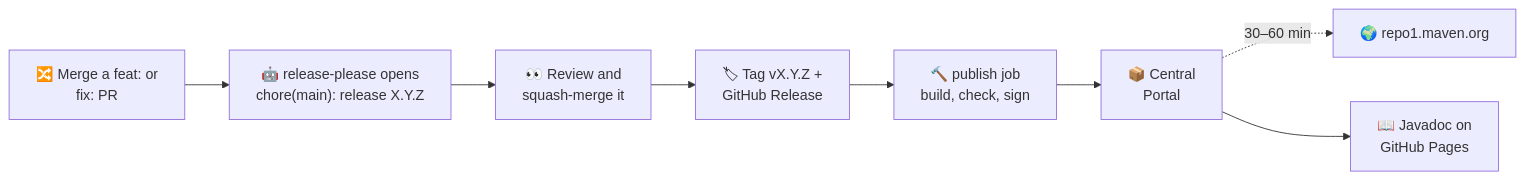
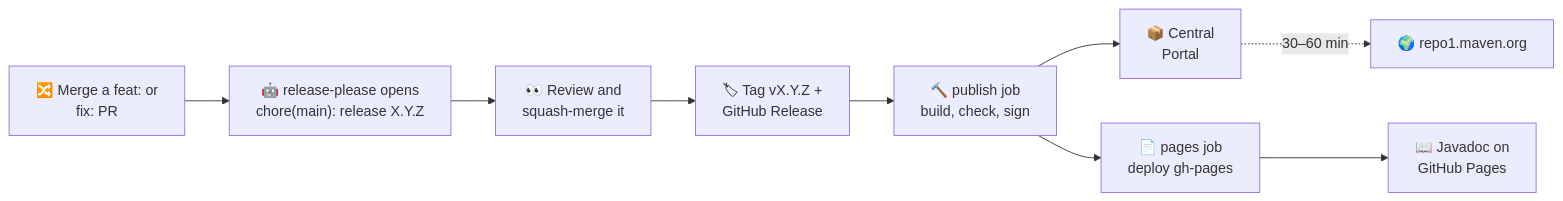
Before and after one commit to brantunger/unruly-engine: the diagram in RELEASING.md, drawn with Mermaid. The commit also changed other lines of this file and 2 other files, not shown here.

Commit message:
ci: deploy the javadoc site with actions/deploy-pages (#228)

````diff
--- a/RELEASING.md
+++ b/RELEASING.md
@@ -19,10 +19,11 @@
 ```mermaid
 flowchart LR
     A["🔀 Merge a feat: or<br/>fix: PR"] --> B["🤖 release-please opens<br/>chore(main): release X.Y.Z"]
     B --> C["👀 Review and<br/>squash-merge it"]
     C --> D["🏷 Tag vX.Y.Z +<br/>GitHub Release"]
     D --> E["🔨 publish job<br/>build, check, sign"]
     E --> F["📦 Central<br/>Portal"]
     F -. "30–60 min" .-> G["🌍 repo1.maven.org"]
-    F --> H["📖 Javadoc on<br/>GitHub Pages"]
+    E --> P["📄 pages job<br/>deploy gh-pages"]
+    P --> H["📖 Javadoc on<br/>GitHub Pages"]
 ```
````
